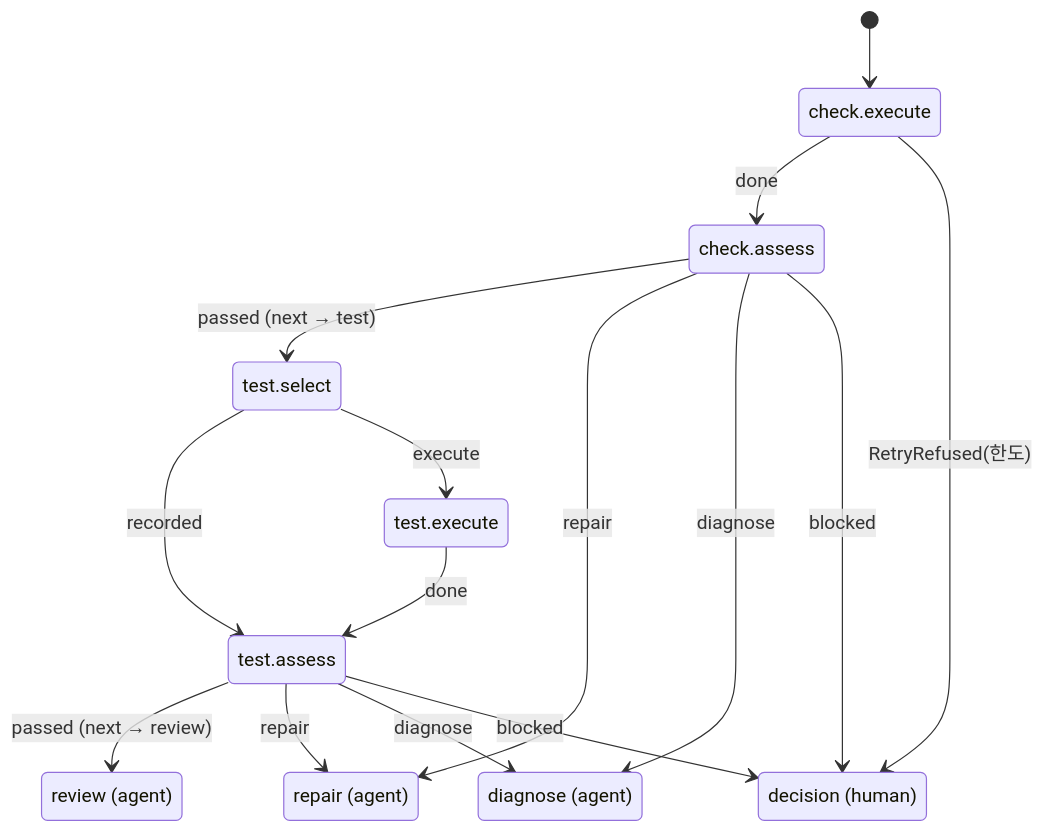
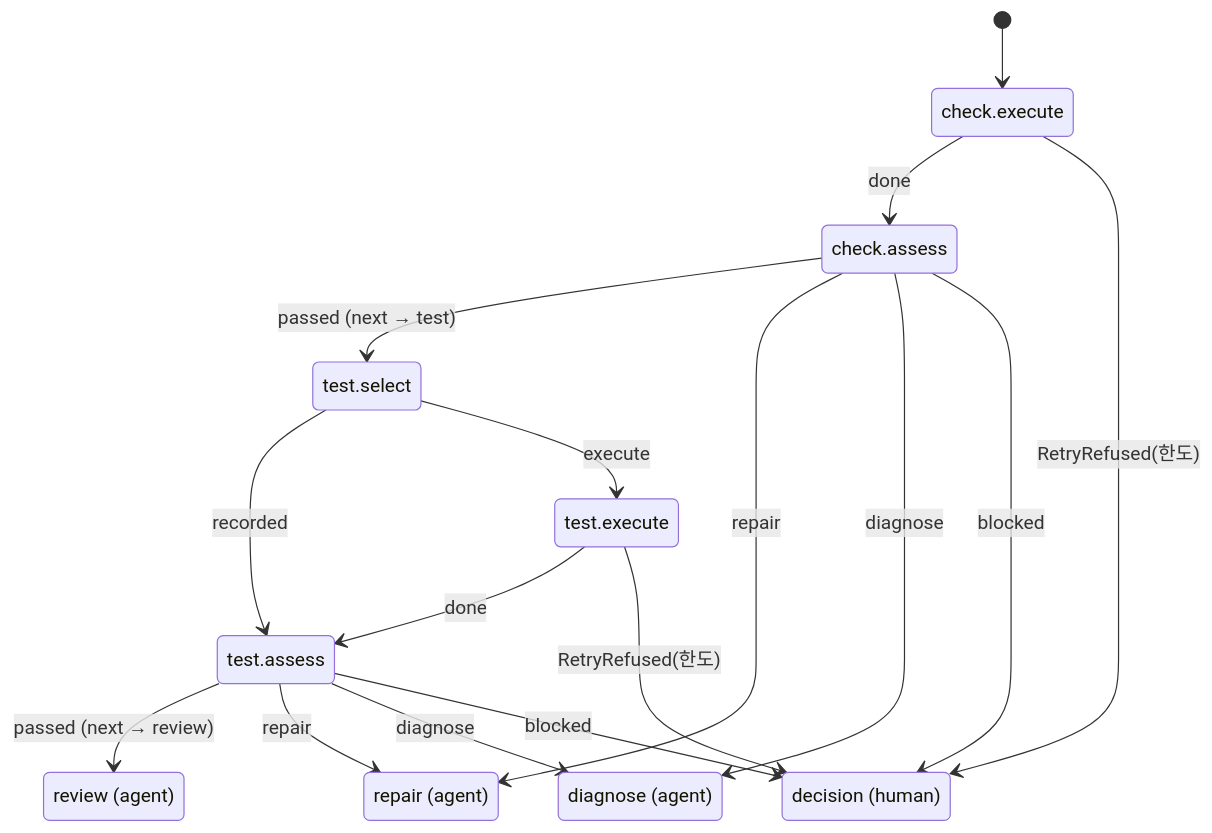
One commit to collenkim/code-agent changed the third of 3 diagrams in doc/process-flow.md. Above: the diagram before and after it, drawn with Mermaid. The commit also changed other lines of this file and 49 other files, not shown here.

````diff
--- a/doc/process-flow.md
+++ b/doc/process-flow.md
@@ -323,26 +323,27 @@
 ```mermaid
 stateDiagram-v2
   state "check.execute" as CE
   state "check.assess" as CA
   state "test.select" as TSel
   state "test.execute" as TE
   state "test.assess" as TA
   state "review (agent)" as RV
   state "repair (agent)" as RP
   state "diagnose (agent)" as DG
   state "decision (human)" as DC
   [*] --> CE
   CE --> CA : done
   CE --> DC : RetryRefused(한도)
   CA --> TSel : passed (next → test)
   CA --> RP : repair
   CA --> DG : diagnose
   CA --> DC : blocked
   TSel --> TA : recorded
   TSel --> TE : execute
   TE --> TA : done
+  TE --> DC : RetryRefused(한도)
   TA --> RV : passed (next → review)
   TA --> RP : repair
   TA --> DG : diagnose
   TA --> DC : blocked
 ```
````
